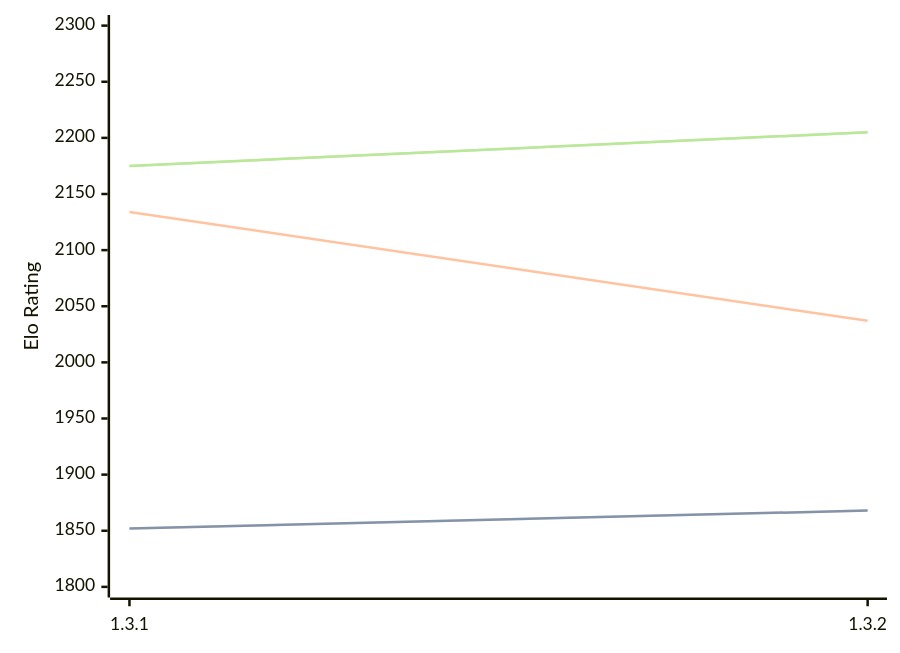
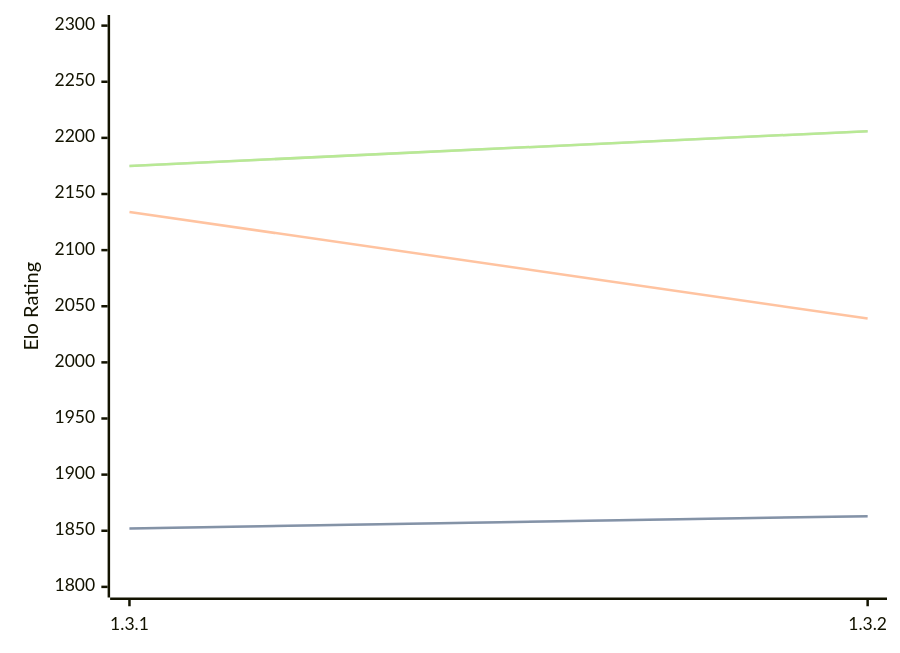
One commit to computer-chess-index/cci changed the third of 3 diagrams in engines/Zugblitz.md. Above: the diagram before and after it, drawn with Mermaid. The commit also changed other lines of this file, not shown here.

Commit message:
Update CCI Ratings (ELO VLTC) - 2026-06-18

````diff
--- a/engines/Zugblitz.md
+++ b/engines/Zugblitz.md
@@ -65,11 +65,11 @@
 ```mermaid
 %%{init: {"theme":"base","themeVariables":{"seriesColors:['#a3a3a3','#222221','#faa371']}}}%%
 xychart-beta
   x-axis ["1.3.1", "1.3.2"]
   y-axis "Elo Rating" 1800 --> 2300
-  line "STC (8.0+0.08s)" [1852, 1868]
-  line "STC (8.0+0.08s)" [1852, 1868]
-  line "LTC (60.0+0.60s)" [2134, 2037]
-  line "VLTC (2m24s+1.12s)" [2175, 2205]
-  line "VLTC (2m24s+1.12s)" [2175, 2205]
+  line "STC (8.0+0.08s)" [1852, 1863]
+  line "STC (8.0+0.08s)" [1852, 1863]
+  line "LTC (60.0+0.60s)" [2134, 2039]
+  line "VLTC (2m24s+1.12s)" [2175, 2206]
+  line "VLTC (2m24s+1.12s)" [2175, 2206]
 ```
````
